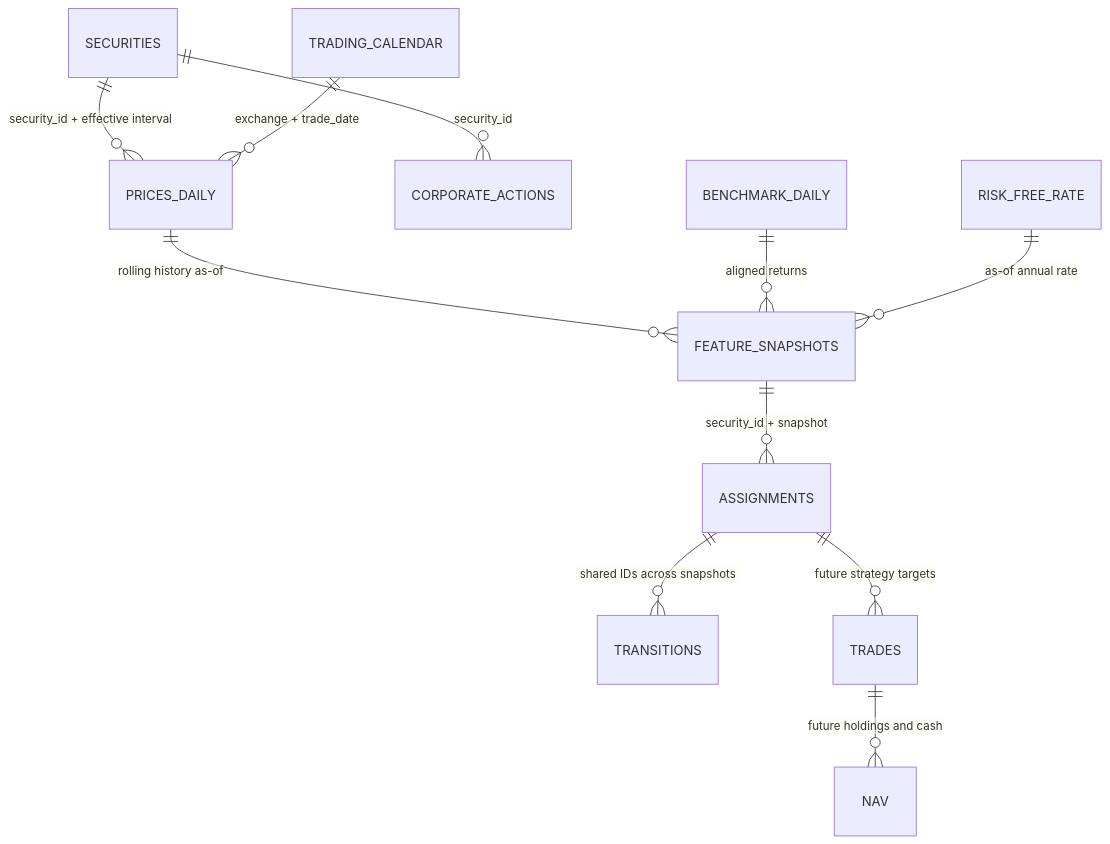
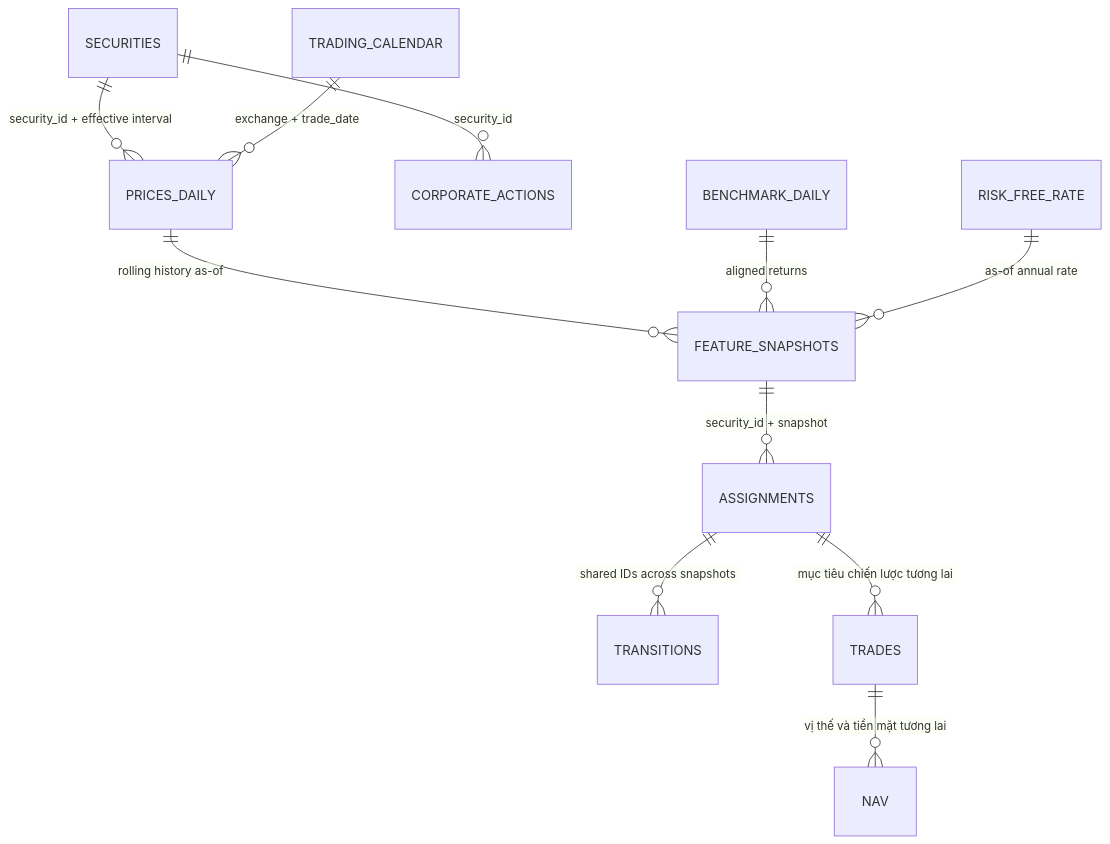
Before and after one commit to trongnguyen1010/Risk-Adjusted-Momentum-Clustering: the diagram in docs/DATA_CONTRACT.md, drawn with Mermaid. The commit also changed other lines of this file and 61 other files, not shown here.

````diff
--- a/docs/DATA_CONTRACT.md
+++ b/docs/DATA_CONTRACT.md
@@ -26,13 +46,13 @@
 ```mermaid
 erDiagram
   SECURITIES ||--o{ PRICES_DAILY : "security_id + effective interval"
   SECURITIES ||--o{ CORPORATE_ACTIONS : security_id
   TRADING_CALENDAR ||--o{ PRICES_DAILY : "exchange + trade_date"
   PRICES_DAILY ||--o{ FEATURE_SNAPSHOTS : "rolling history as-of"
   BENCHMARK_DAILY ||--o{ FEATURE_SNAPSHOTS : "aligned returns"
   RISK_FREE_RATE ||--o{ FEATURE_SNAPSHOTS : "as-of annual rate"
   FEATURE_SNAPSHOTS ||--o{ ASSIGNMENTS : "security_id + snapshot"
   ASSIGNMENTS ||--o{ TRANSITIONS : "shared IDs across snapshots"
-  ASSIGNMENTS ||--o{ TRADES : "future strategy targets"
-  TRADES ||--o{ NAV : "future holdings and cash"
+  ASSIGNMENTS ||--o{ TRADES : "mục tiêu chiến lược tương lai"
+  TRADES ||--o{ NAV : "vị thế và tiền mặt tương lai"
 ```
````
